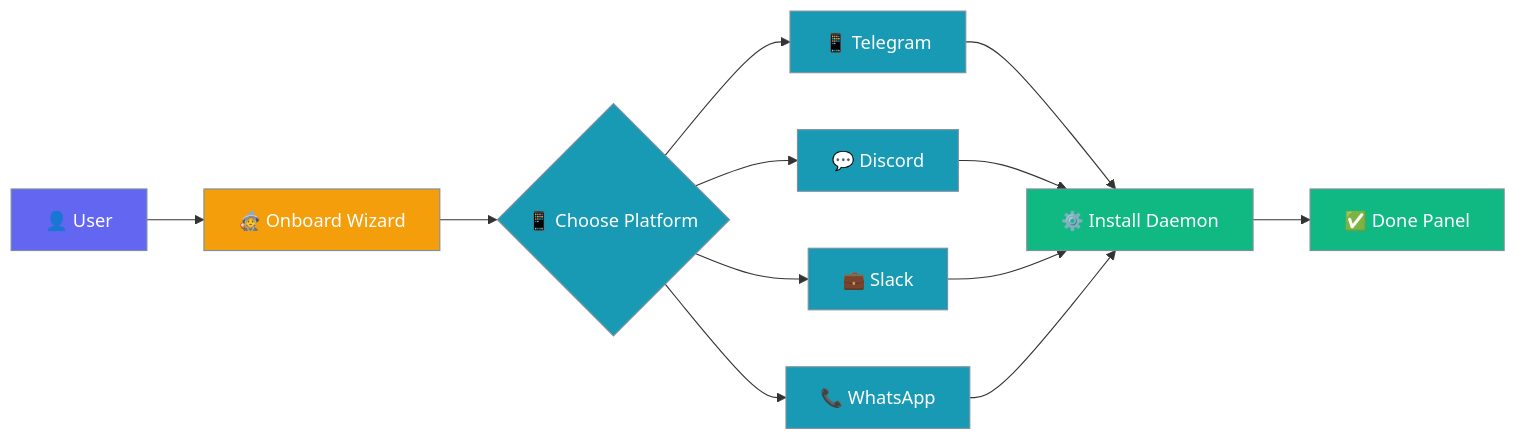
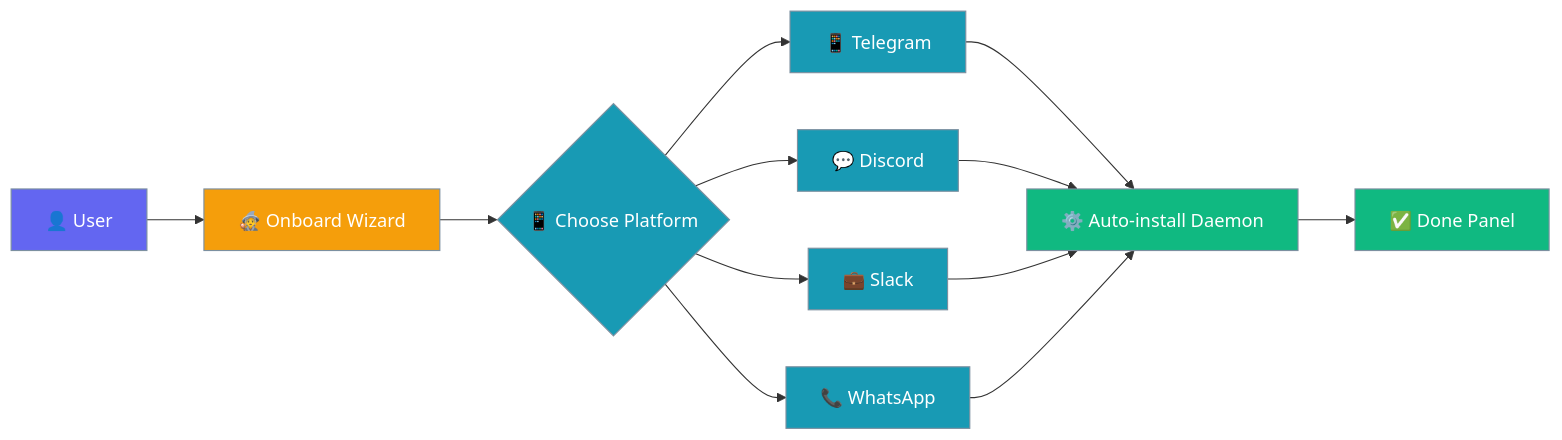
One commit to MervinPraison/PraisonAIDocs changed the first of 4 diagrams in docs/features/onboard.mdx. Above: the diagram before and after it, drawn with Mermaid. The commit also changed other lines of this file and 2 other files, not shown here.

First line of the commit message:
docs: update onboarding & gateway docs for daemon-by-default flow

````diff
--- a/docs/features/onboard.mdx
+++ b/docs/features/onboard.mdx
@@ -10,24 +10,24 @@
 ```mermaid
 graph LR
     User[👤 User] --> Wizard[🧙 Onboard Wizard]
     Wizard --> Platform{📱 Choose Platform}
     Platform --> Telegram[📱 Telegram]
     Platform --> Discord[💬 Discord]  
     Platform --> Slack[💼 Slack]
     Platform --> WhatsApp[📞 WhatsApp]
-    Telegram --> Daemon[⚙️ Install Daemon]
+    Telegram --> Daemon[⚙️ Auto-install Daemon]
     Discord --> Daemon
     Slack --> Daemon
     WhatsApp --> Daemon
     Daemon --> Done[✅ Done Panel]
     
     classDef user fill:#6366F1,stroke:#7C90A0,color:#fff
     classDef wizard fill:#F59E0B,stroke:#7C90A0,color:#fff
     classDef platform fill:#189AB4,stroke:#7C90A0,color:#fff
     classDef result fill:#10B981,stroke:#7C90A0,color:#fff
     
     class User user
     class Wizard wizard
     class Platform,Telegram,Discord,Slack,WhatsApp platform
     class Daemon,Done result
 ```
````
